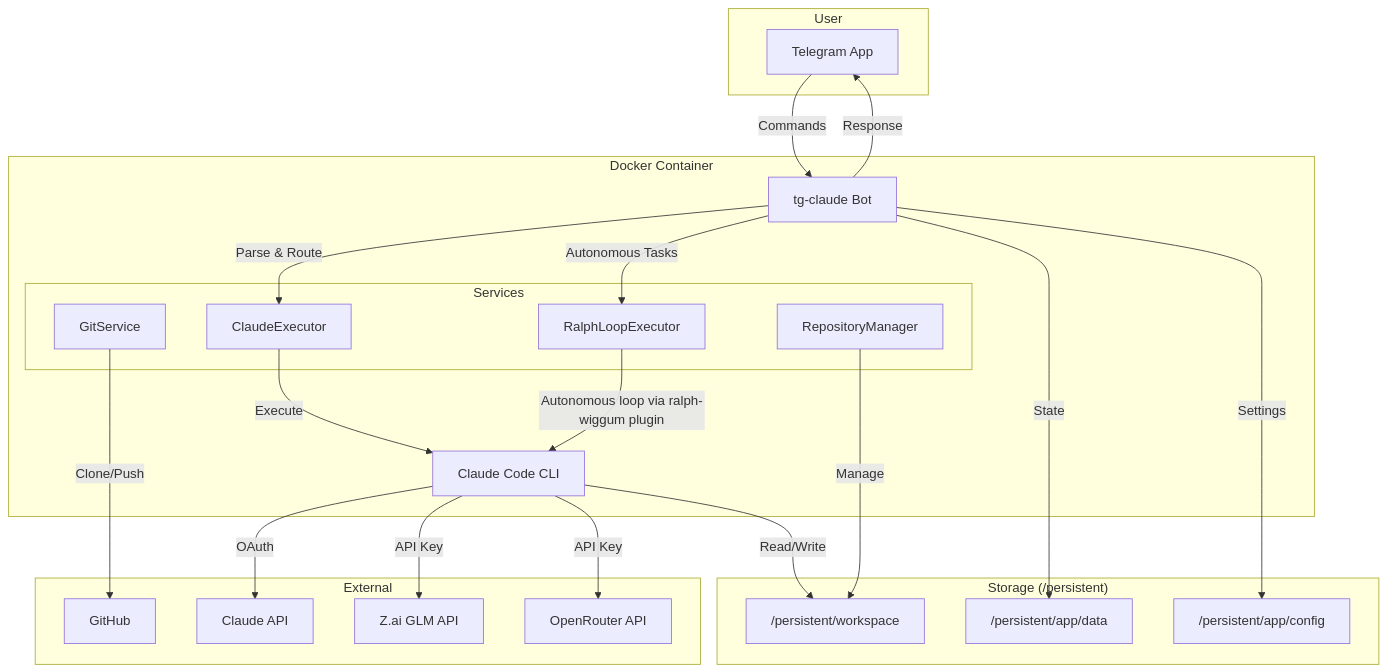
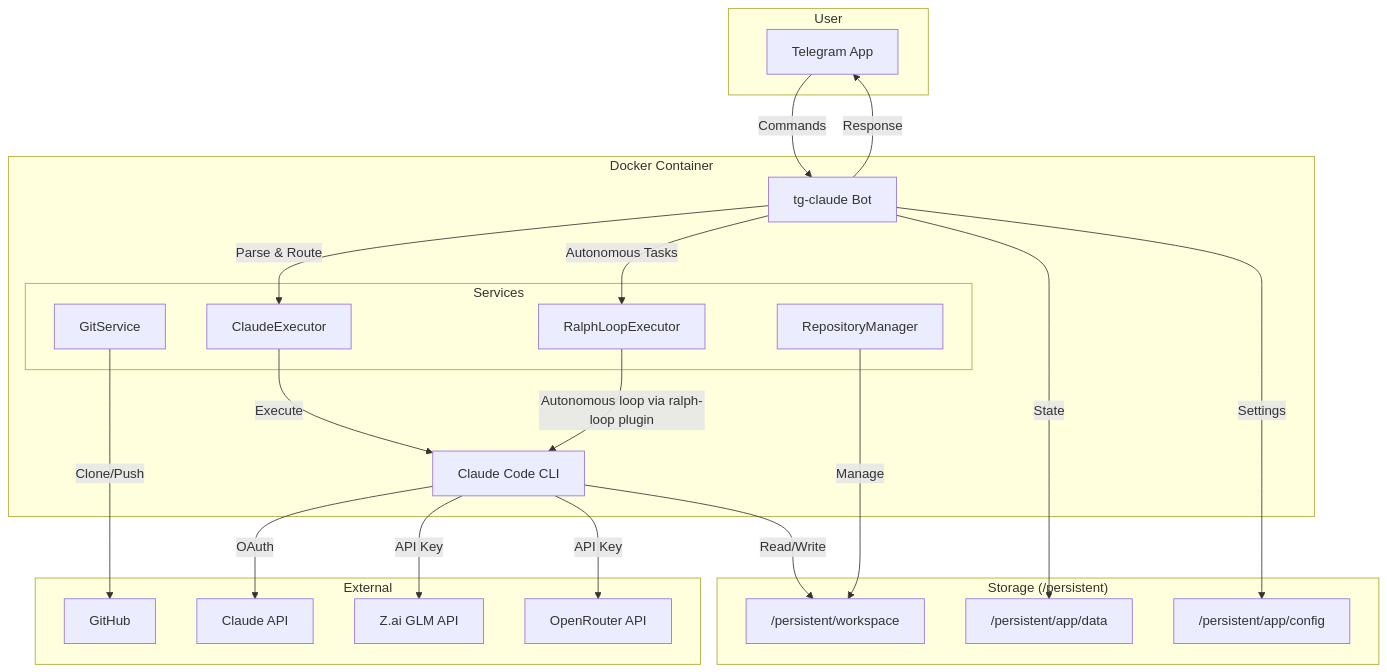
Before and after one commit to guzus/tg-claude: the diagram in README.md, drawn with Mermaid. The commit also changed other lines of this file and 24 other files, not shown here.

First line of the commit message:
refactor: modularize Telegram client + rename ralph-wiggum to ralph-loop (#24)

````diff
--- a/README.md
+++ b/README.md
@@ -24,46 +24,46 @@
 ```mermaid
 flowchart TB
     subgraph User
         TG[Telegram App]
     end
 
     subgraph Docker Container
         Bot[tg-claude Bot]
         Claude[Claude Code CLI]
         
         subgraph Services
             Executor[ClaudeExecutor]
             Ralph[RalphLoopExecutor]
             Git[GitService]
             Repo[RepositoryManager]
         end
     end
 
     subgraph Storage["Storage (/persistent)"]
         Workspace["/persistent/workspace"]
         Data["/persistent/app/data"]
         Config["/persistent/app/config"]
     end
 
     subgraph External
         GitHub[GitHub]
         ClaudeAPI[Claude API]
         ZaiAPI[Z.ai GLM API]
         OpenRouter[OpenRouter API]
     end
 
     TG -->|Commands| Bot
     Bot -->|Parse & Route| Executor
     Bot -->|Autonomous Tasks| Ralph
     Executor -->|Execute| Claude
-    Ralph -->|Autonomous loop via ralph-wiggum plugin| Claude
+    Ralph -->|Autonomous loop via ralph-loop plugin| Claude
     Claude -->|OAuth| ClaudeAPI
     Claude -->|API Key| ZaiAPI
     Claude -->|API Key| OpenRouter
     Claude -->|Read/Write| Workspace
     Git -->|Clone/Push| GitHub
     Repo -->|Manage| Workspace
     Bot -->|State| Data
     Bot -->|Settings| Config
     Bot -->|Response| TG
 ```
````
